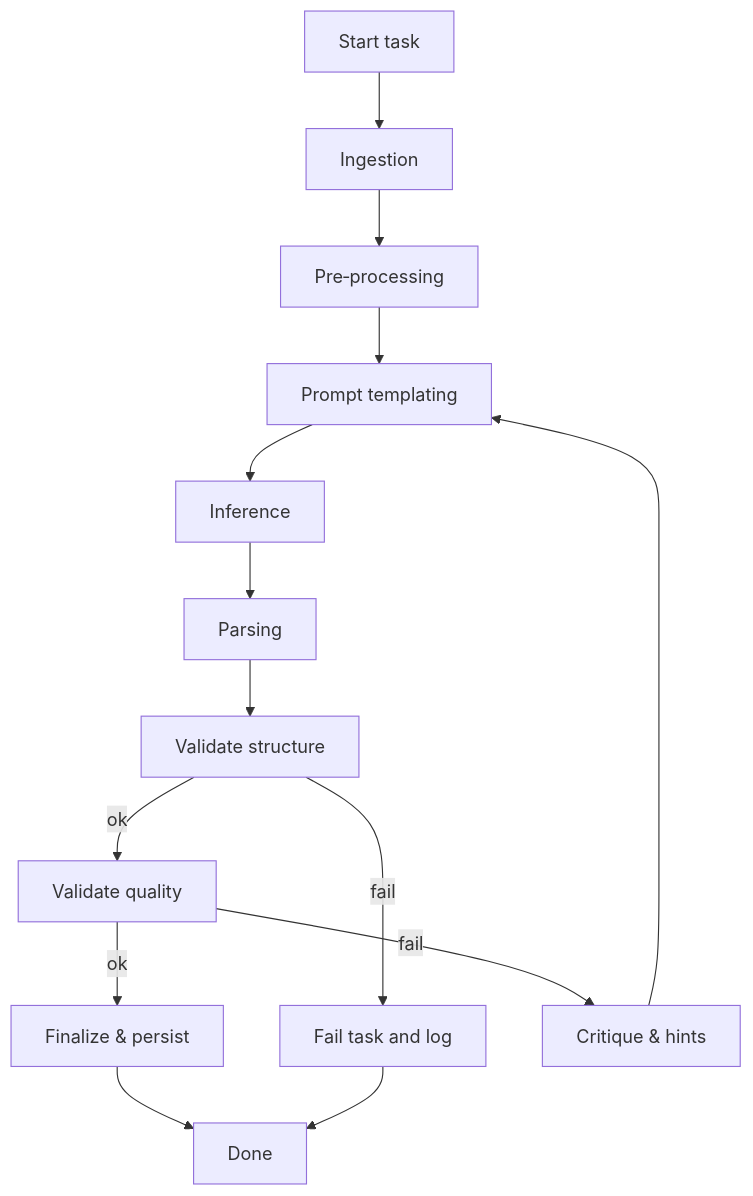
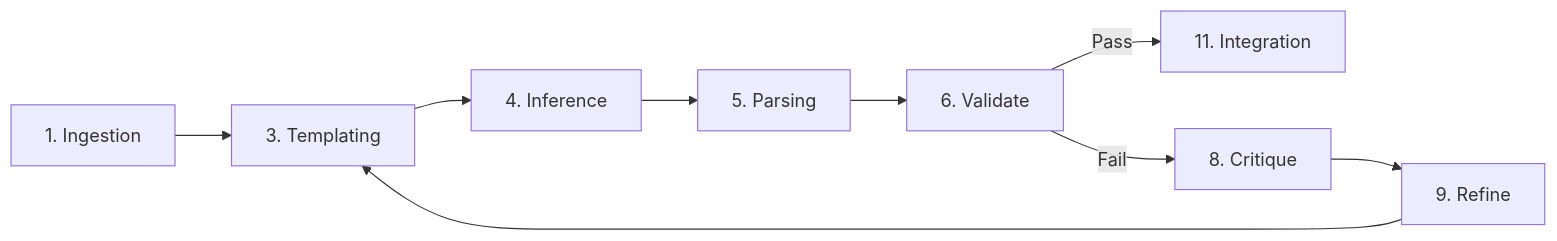
One commit to ryan-mahoney/prompt-orchestration-pipeline changed the diagram in README.md. Above: the diagram before and after it, drawn with Mermaid. The commit also changed other lines of this file and 14 other files, not shown here.

````diff
--- a/README.md
+++ b/README.md
@@ -87,16 +89,11 @@
 ```mermaid
-flowchart TD
-  S[Start task] --> I1[Ingestion]
-  I1 --> P1[Pre‑processing]
-  P1 --> T1[Prompt templating]
-  T1 --> INF[Inference]
-  INF --> PAR[Parsing]
-  PAR --> VS[Validate structure]
-  VS -->|ok| VQ[Validate quality]
-  VS -->|fail| ERR[Fail task and log]
-  VQ -->|ok| FIN[Finalize & persist]
-  VQ -->|fail| HINTS[Critique & hints]
-  HINTS --> T1
-  FIN --> DONE[Done]
-  ERR --> DONE
+flowchart LR
+    Ingest[1. Ingestion] --> Templ[3. Templating]
+    Templ --> Infer[4. Inference]
+    Infer --> Parse[5. Parsing]
+    Parse --> Val[6. Validate]
+    Val -->|Pass| Integ[11. Integration]
+    Val -->|Fail| Crit[8. Critique]
+    Crit --> Refine[9. Refine]
+    Refine --> Templ
 ```
````
